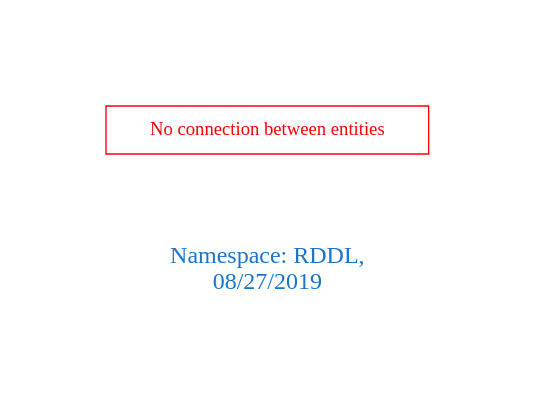
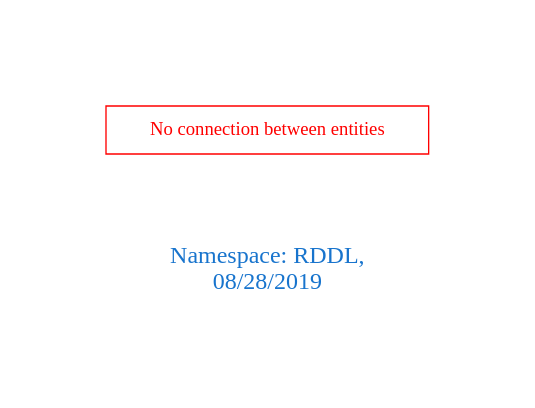
Before and after one commit to arago/OGIT: the diagram in downloads/RDDL.dot, drawn with Graphviz. The commit also changed 1527 other files, not shown here.

```diff
--- a/downloads/RDDL.dot
+++ b/downloads/RDDL.dot
@@ -1,9 +1,9 @@
 digraph OGIT_ontology {
  graph [ rankdir= LR,pad=1 
 fontsize = 18,
-fontcolor= dodgerblue3,label = "\n\n\nNamespace: RDDL, \n 08/27/2019"];
+fontcolor= dodgerblue3,label = "\n\n\nNamespace: RDDL, \n 08/28/2019"];
 node[shape=polygon];
 edge [  color="gray81"];
 
 "No connection between entities" [fontcolor = "red",color="red", shape="polygon"]
 }
```
